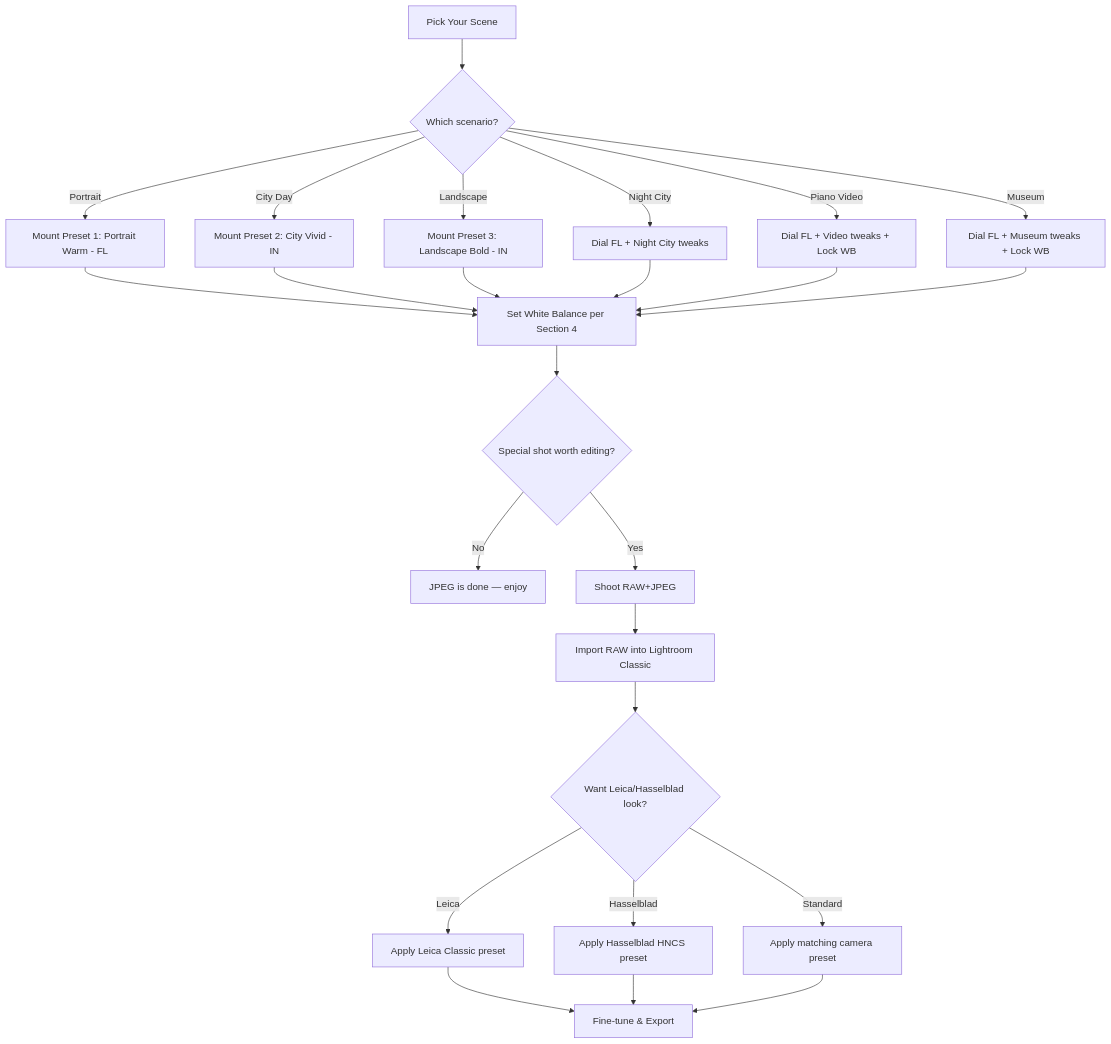
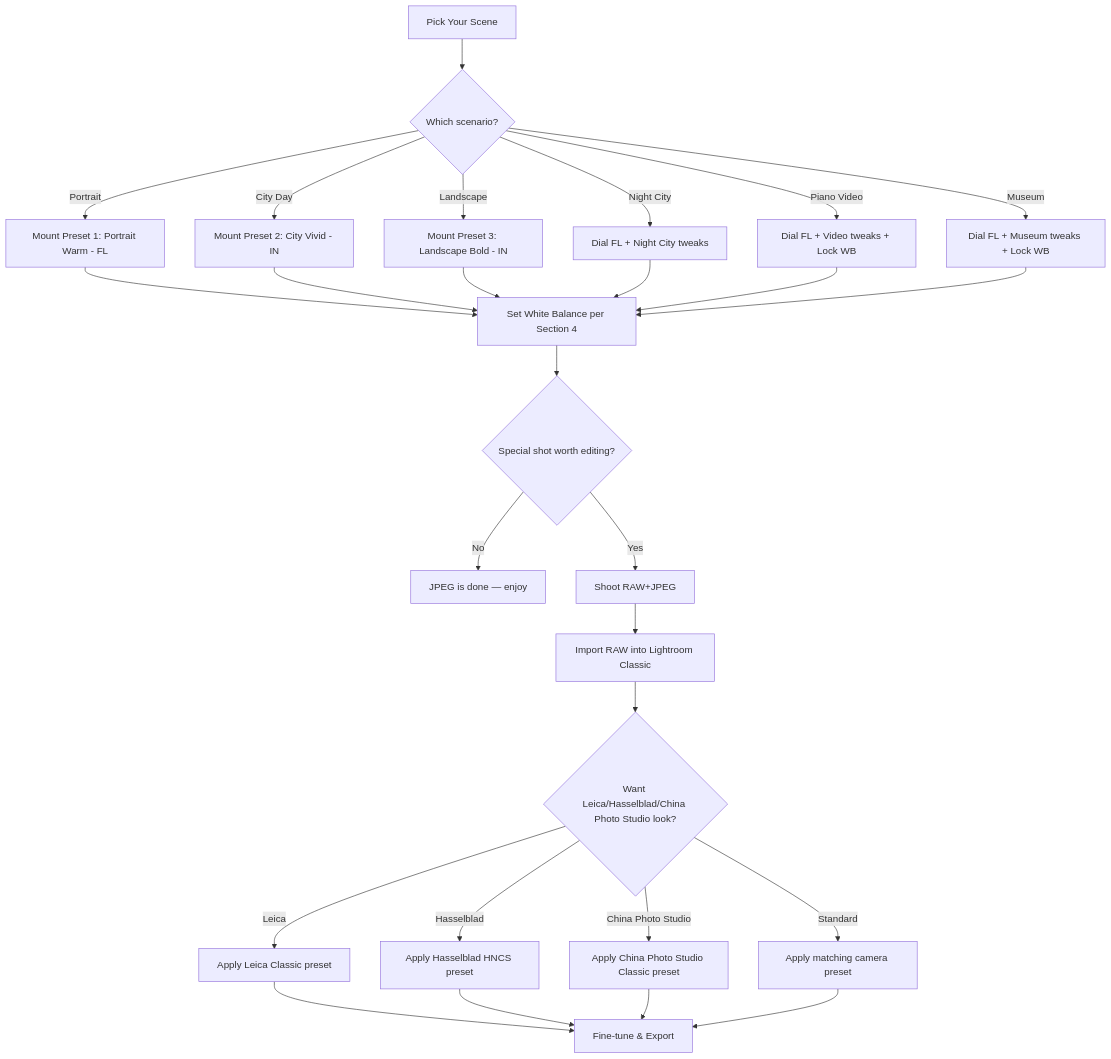
The diagram in photo_book/tips/color_grading.md (chenlh317/camera_kits), drawn with Mermaid before and after one commit. The commit also changed other lines of this file, not shown here.

````diff
--- a/photo_book/tips/color_grading.md
+++ b/photo_book/tips/color_grading.md
@@ -1174,27 +1296,29 @@
 ```{mermaid}
 flowchart TD
     A[Pick Your Scene] --> B{Which scenario?}
     B -->|Portrait| C[Mount Preset 1: Portrait Warm - FL]
     B -->|City Day| D[Mount Preset 2: City Vivid - IN]
     B -->|Landscape| E[Mount Preset 3: Landscape Bold - IN]
     B -->|Night City| F[Dial FL + Night City tweaks]
     B -->|Piano Video| G[Dial FL + Video tweaks + Lock WB]
     B -->|Museum| H[Dial FL + Museum tweaks + Lock WB]
     C --> I[Set White Balance per Section 4]
     D --> I
     E --> I
     F --> I
     G --> I
     H --> I
     I --> J{Special shot worth editing?}
     J -->|No| K[JPEG is done — enjoy]
     J -->|Yes| L[Shoot RAW+JPEG]
     L --> M[Import RAW into Lightroom Classic]
-    M --> N{Want Leica/Hasselblad look?}
+    M --> N{Want Leica/Hasselblad/China Photo Studio look?}
     N -->|Leica| O[Apply Leica Classic preset]
     N -->|Hasselblad| P[Apply Hasselblad HNCS preset]
+    N -->|China Photo Studio| P2[Apply China Photo Studio Classic preset]
     N -->|Standard| Q[Apply matching camera preset]
     O --> R[Fine-tune & Export]
     P --> R
+    P2 --> R
     Q --> R
 ```
````
